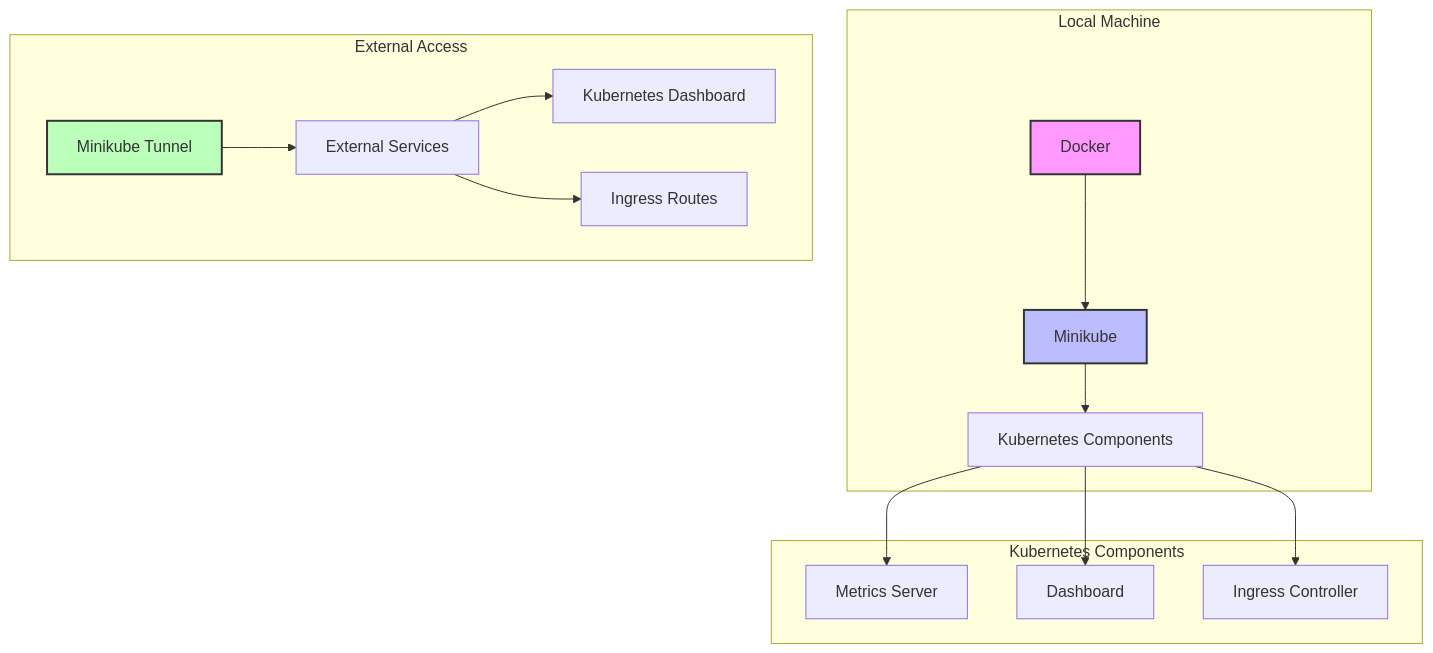
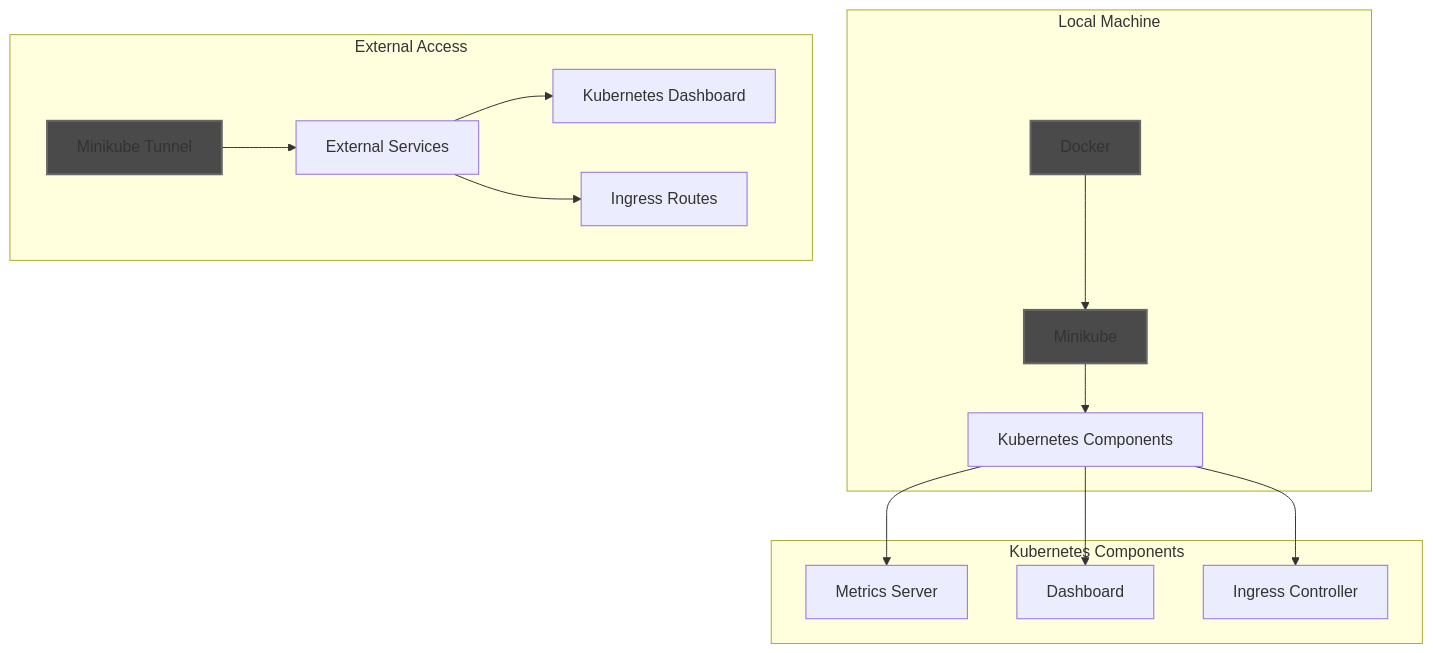
Before and after one commit to ivanht/earlysignal: the first of 2 diagrams in _posts/2025-06-14-1-deploy-minikube-with-metrics.md, drawn with Mermaid. The commit also changed other lines of this file, not shown here.

Commit message:
style: better contrast

```diff
--- a/_posts/2025-06-14-1-deploy-minikube-with-metrics.md
+++ b/_posts/2025-06-14-1-deploy-minikube-with-metrics.md
@@ -21,23 +21,23 @@
 <div class="mermaid">
 graph TD
     subgraph "Local Machine"
         A[Docker] --> B[Minikube]
         B --> C[Kubernetes Components]
     end
     
     subgraph "Kubernetes Components"
         C --> D[Metrics Server]
         C --> E[Dashboard]
         C --> F[Ingress Controller]
     end
     
     subgraph "External Access"
         G[Minikube Tunnel] --> H[External Services]
         H --> I[Kubernetes Dashboard]
         H --> J[Ingress Routes]
     end
     
-    style A fill:#f9f,stroke:#333,stroke-width:2px
-    style B fill:#bbf,stroke:#333,stroke-width:2px
-    style G fill:#bfb,stroke:#333,stroke-width:2px
+    style A fill:#4a4a4a,stroke:#666,stroke-width:2px
+    style B fill:#4a4a4a,stroke:#666,stroke-width:2px
+    style G fill:#4a4a4a,stroke:#666,stroke-width:2px
 </div>
```
